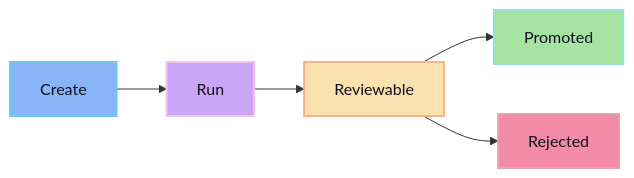
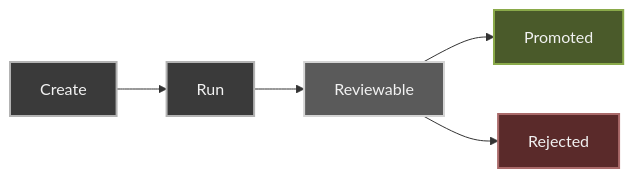
One commit to cloudboy-jh/glib-code-docs changed the diagram in src/content/docs/api/sessions.md. Above: the diagram before and after it, drawn with Mermaid. The commit also changed 15 other files, not shown here.

````diff
--- a/src/content/docs/api/sessions.md
+++ b/src/content/docs/api/sessions.md
@@ -23,19 +23,19 @@
 ```mermaid
 flowchart LR
   Create["Create"] --> Run["Run"]
   Run --> Review["Reviewable"]
   Review --> Promote["Promoted"]
   Review --> Reject["Rejected"]
 
-  classDef start fill:#89b4fa,stroke:#74c7ec,color:#11111b,stroke-width:2px
-  classDef active fill:#cba6f7,stroke:#f5c2e7,color:#11111b,stroke-width:2px
-  classDef review fill:#f9e2af,stroke:#fab387,color:#11111b,stroke-width:2px
-  classDef done fill:#a6e3a1,stroke:#94e2d5,color:#11111b,stroke-width:2px
-  classDef bad fill:#f38ba8,stroke:#eba0ac,color:#11111b,stroke-width:2px
+  classDef start fill:#3a3a3a,stroke:#b3b3b3,color:#f2f2f2,stroke-width:2px
+  classDef active fill:#3a3a3a,stroke:#b3b3b3,color:#f2f2f2,stroke-width:2px
+  classDef review fill:#5a5a5a,stroke:#d4d4d4,color:#f2f2f2,stroke-width:2px
+  classDef done fill:#4a5a2a,stroke:#8aaa4a,color:#f2f2f2,stroke-width:2px
+  classDef bad fill:#5a2a2a,stroke:#aa6a6a,color:#f2f2f2,stroke-width:2px
 
   class Create start
   class Run active
   class Review review
   class Promote done
   class Reject bad
 ```
````
